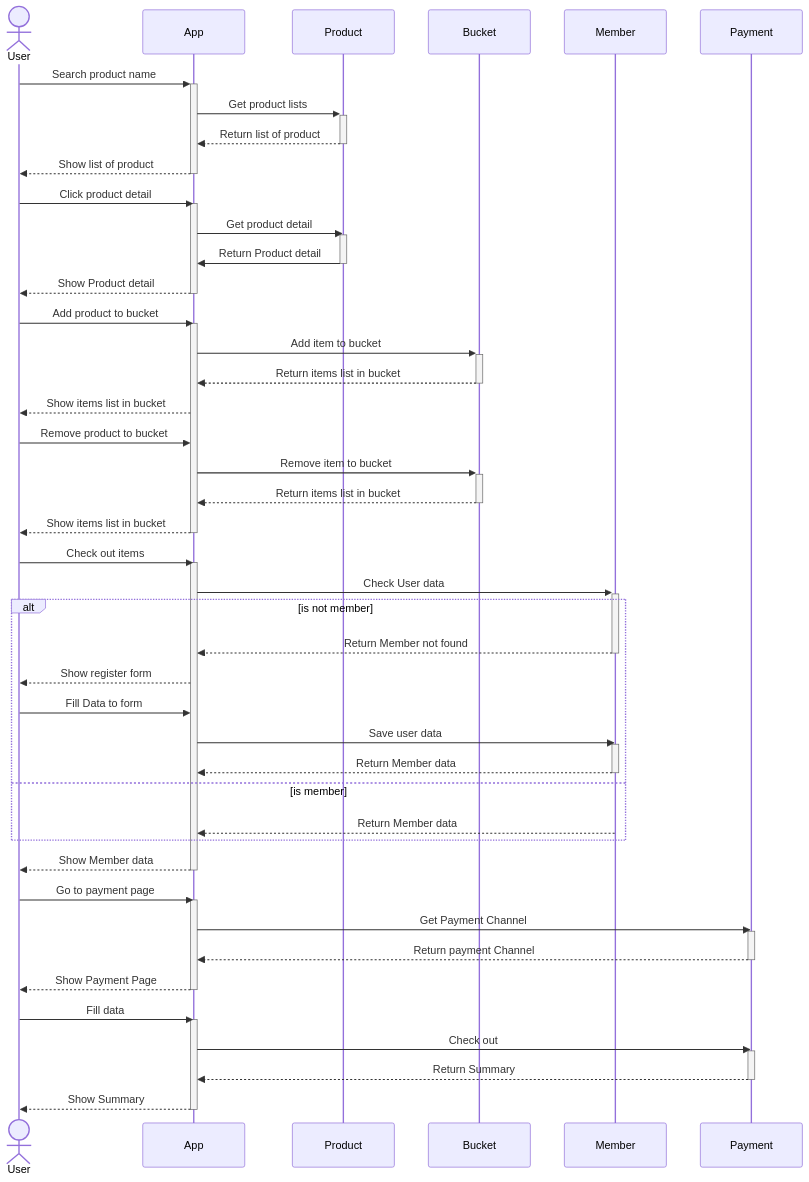
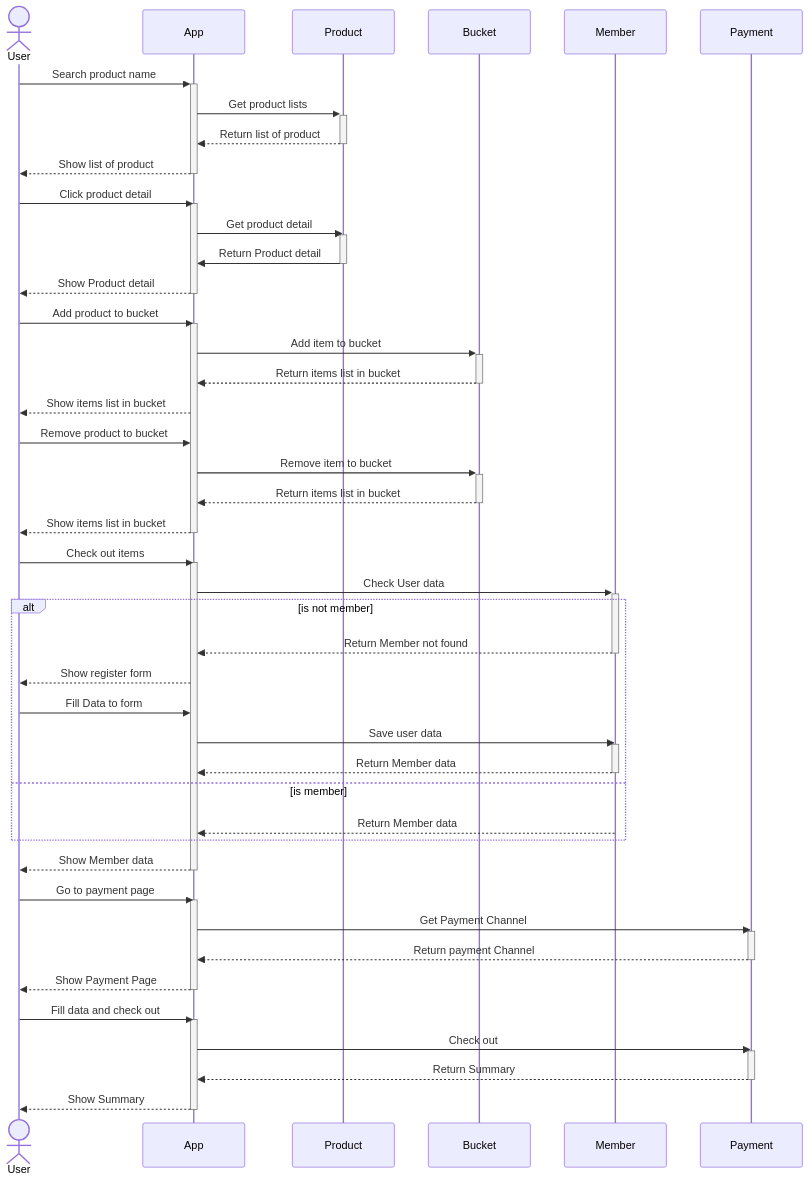
The diagram in READMe.md (K-dotdev/assignment-java-boot-camp), drawn with Mermaid before and after one commit. The commit also changed other lines of this file, not shown here.

````diff
--- a/READMe.md
+++ b/READMe.md
@@ -22,64 +22,64 @@
 ```mermaid
 sequenceDiagram
     actor User
     participant A as App
     participant P as Product
     participant B as Bucket
     participant M as Member
     participant PM as Payment
     User->>+A: Search product name
     A->>+P: Get product lists
     P-->>-A: Return list of product
     A-->>-User: Show list of product
     User->>A: Click product detail
     activate A
     A->>P: Get product detail
     activate P
     P->>A: Return Product detail
     deactivate P
     A-->>User: Show Product detail
     deactivate A
     User->>A: Add product to bucket
     activate A
     A->>+B: Add item to bucket
     B-->>-A: Return items list in bucket
     A-->>User: Show items list in bucket
     User->>A: Remove product to bucket
     A->>+B: Remove item to bucket
     B-->>-A: Return items list in bucket
     A-->>User: Show items list in bucket
     deactivate A
     
     User->>A: Check out items
     activate A
     A->>+M: Check User data
     alt is not member
         M-->>-A: Return Member not found
         A-->>User: Show register form
         User->>A: Fill Data to form
         A->>M: Save user data
         activate M
         M-->>A: Return Member data
         deactivate M
     else is member
         M-->>A: Return Member data
     end
     A-->>User: Show Member data
     deactivate A
     User->>A: Go to payment page
     activate A
     A->>PM: Get Payment Channel
     activate PM
     PM-->>A: Return payment Channel
     deactivate PM
     A-->>User: Show Payment Page
     deactivate A
-    User->>A: Fill data
+    User->>A: Fill data and check out
     activate A
     A->>PM: Check out
     activate PM
     PM-->>A: Return Summary
     deactivate PM
     A-->>User: Show Summary
     deactivate A
 ```
````
